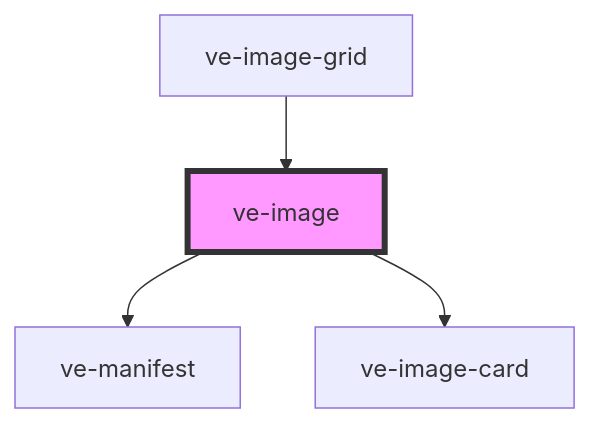
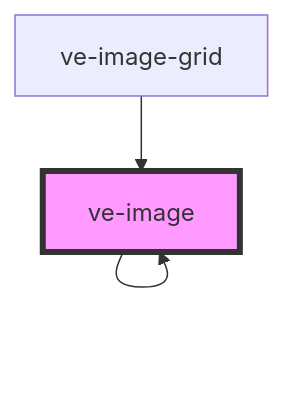
Before and after one commit to visual-essays/web-components: the diagram in src/components/ve-image/readme.md, drawn with Mermaid. The commit also changed other lines of this file and 9 other files, not shown here.

````diff
--- a/src/components/ve-image/readme.md
+++ b/src/components/ve-image/readme.md
@@ -46,7 +49,6 @@
 ```mermaid
 graph TD;
-  ve-image --> ve-manifest
-  ve-image --> ve-image-card
+  ve-image --> ve-image
   ve-image-grid --> ve-image
   style ve-image fill:#f9f,stroke:#333,stroke-width:4px
 ```
````
